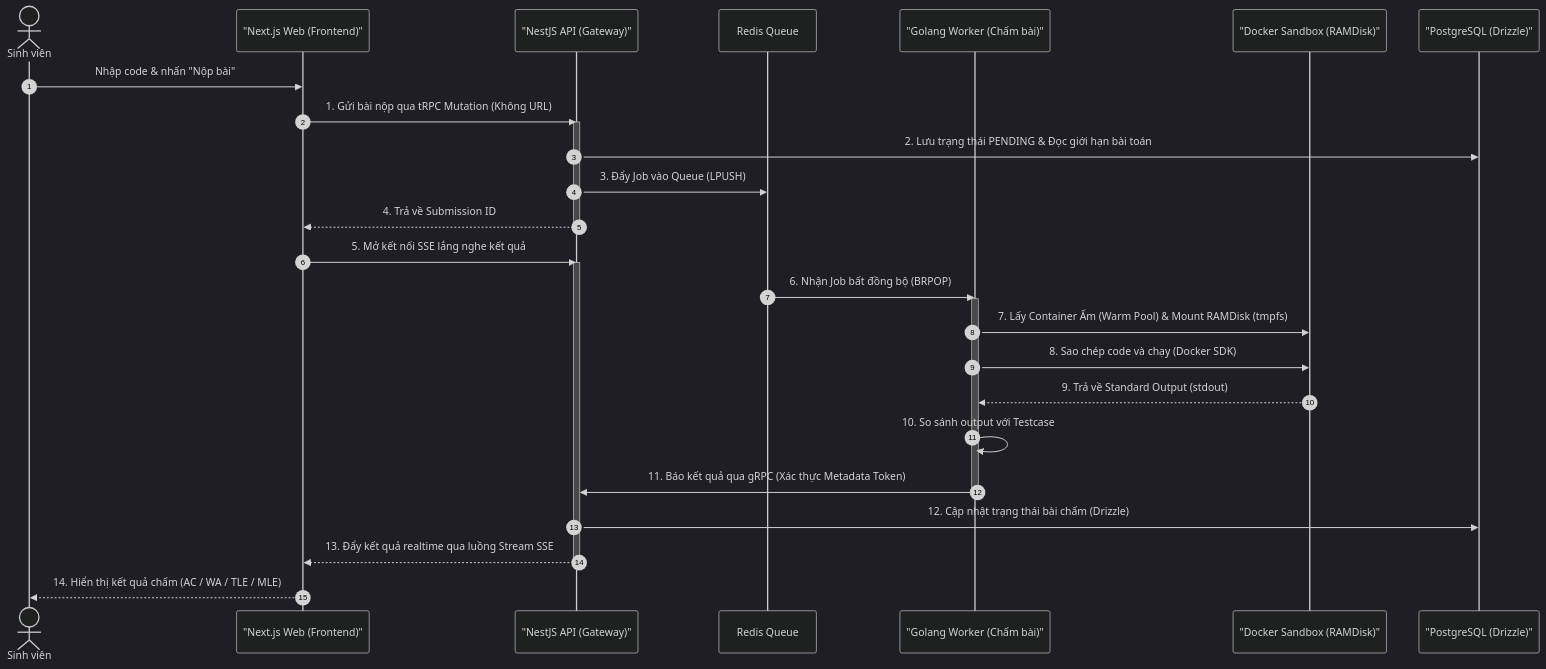
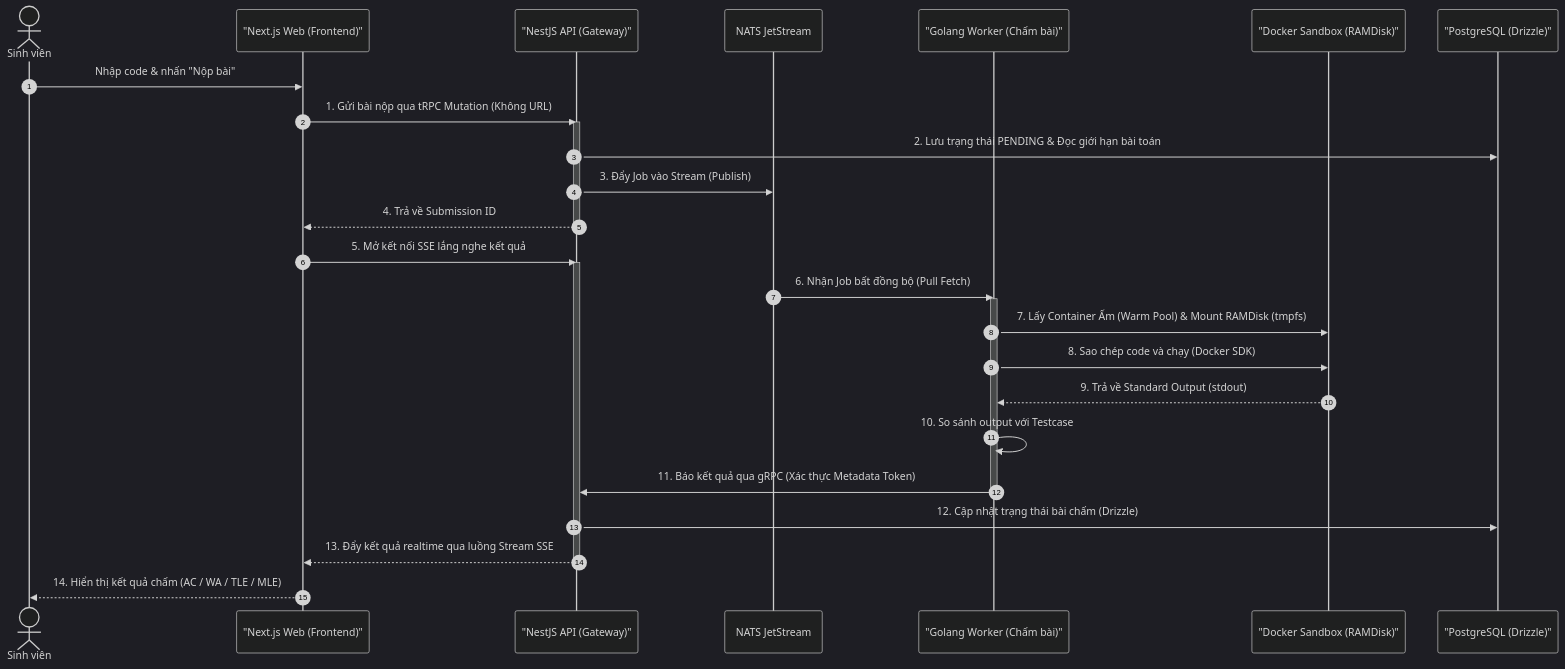
The first of 2 diagrams in docs/overview.md (sleepyvani/truesubmit), drawn with Mermaid (dark theme) before and after one commit. The commit also changed other lines of this file, not shown here.

````diff
--- a/docs/overview.md
+++ b/docs/overview.md
@@ -11,36 +11,36 @@
 ```mermaid
 sequenceDiagram
     autonumber
     actor SinhVien as Sinh viên
     participant Web as "Next.js Web (Frontend)"
     participant API as "NestJS API (Gateway)"
-    participant Redis as Redis Queue
+    participant NATS as NATS JetStream
     participant Worker as "Golang Worker (Chấm bài)"
     participant Sandbox as "Docker Sandbox (RAMDisk)"
     participant DB as "PostgreSQL (Drizzle)"
 
     SinhVien->>Web: Nhập code & nhấn "Nộp bài"
     Web->>API: 1. Gửi bài nộp qua tRPC Mutation (Không URL)
     activate API
     API->>DB: 2. Lưu trạng thái PENDING & Đọc giới hạn bài toán
-    API->>Redis: 3. Đẩy Job vào Queue (LPUSH)
+    API->>NATS: 3. Đẩy Job vào Stream (Publish)
     API-->>Web: 4. Trả về Submission ID
     deactivate API
 
     Web->>API: 5. Mở kết nối SSE lắng nghe kết quả
     activate API
 
-    Redis->>Worker: 6. Nhận Job bất đồng bộ (BRPOP)
+    NATS->>Worker: 6. Nhận Job bất đồng bộ (Pull Fetch)
     activate Worker
     Worker->>Sandbox: 7. Lấy Container Ấm (Warm Pool) & Mount RAMDisk (tmpfs)
     Worker->>Sandbox: 8. Sao chép code và chạy (Docker SDK)
     Sandbox-->>Worker: 9. Trả về Standard Output (stdout)
     Worker->>Worker: 10. So sánh output với Testcase
     Worker->>API: 11. Báo kết quả qua gRPC (Xác thực Metadata Token)
     deactivate Worker
 
     API->>DB: 12. Cập nhật trạng thái bài chấm (Drizzle)
     API-->>Web: 13. Đẩy kết quả realtime qua luồng Stream SSE
     deactivate API
     Web-->>SinhVien: 14. Hiển thị kết quả chấm (AC / WA / TLE / MLE)
 ```
````
